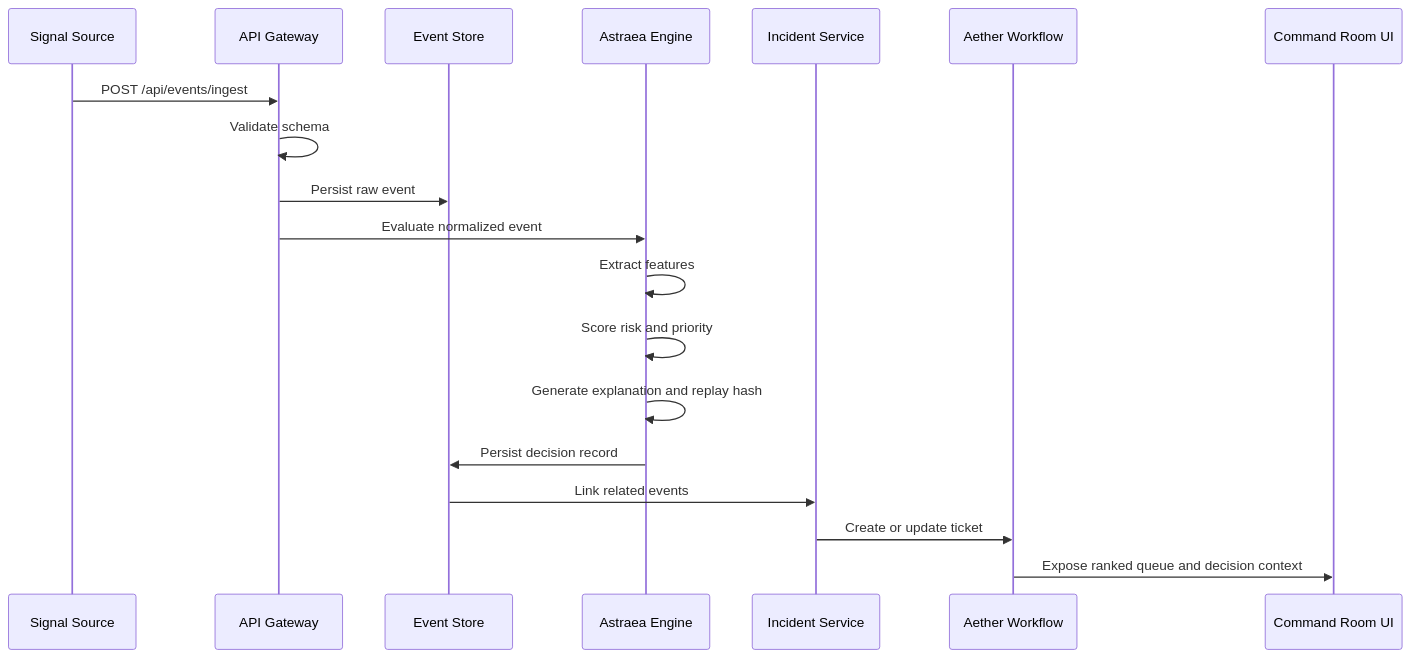
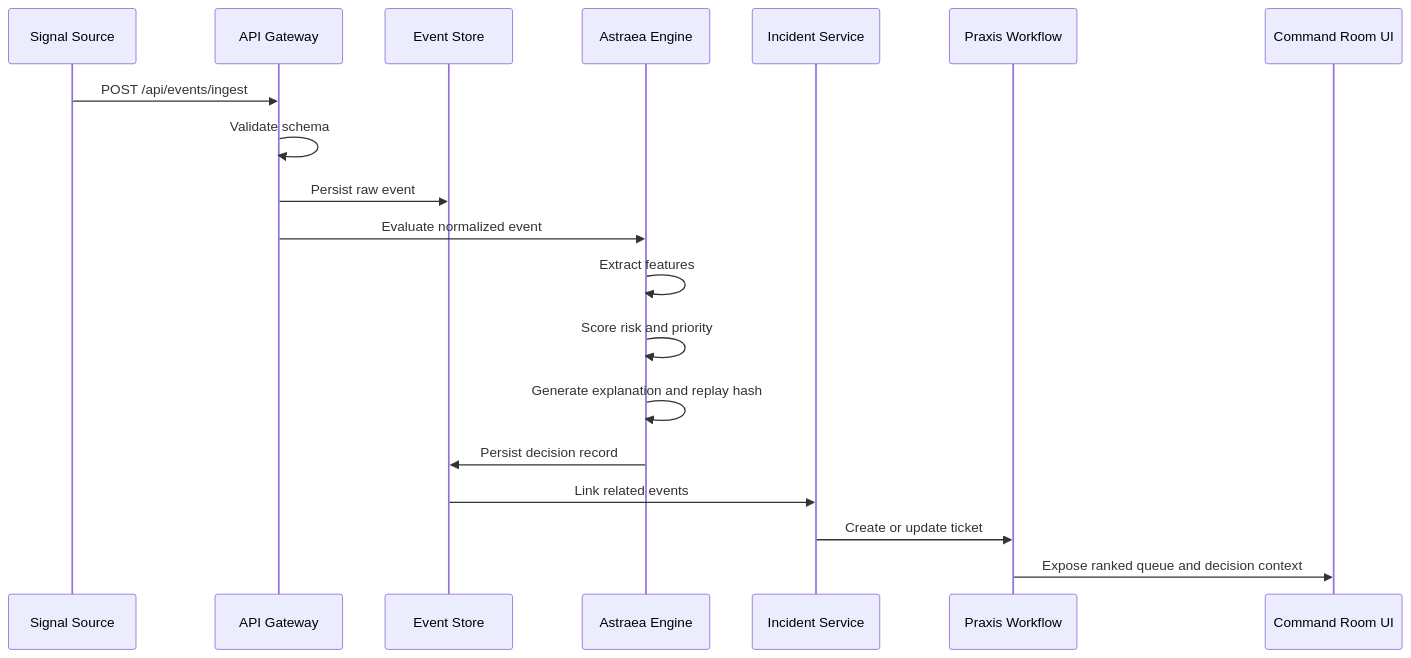
The diagram in docs/04-deterministic-decisioning.md (AngelP17/Praxis), drawn with Mermaid before and after one commit. The commit also changed 413 other files, not shown here.

````diff
--- a/docs/04-deterministic-decisioning.md
+++ b/docs/04-deterministic-decisioning.md
@@ -95,22 +95,22 @@
 ```mermaid
 sequenceDiagram
     participant Source as Signal Source
     participant Gateway as API Gateway
     participant Store as Event Store
     participant Astraea as Astraea Engine
     participant Incident as Incident Service
-    participant Aether as Aether Workflow
+    participant Praxis as Praxis Workflow
     participant UI as Command Room UI
 
     Source->>Gateway: POST /api/events/ingest
     Gateway->>Gateway: Validate schema
     Gateway->>Store: Persist raw event
     Gateway->>Astraea: Evaluate normalized event
     Astraea->>Astraea: Extract features
     Astraea->>Astraea: Score risk and priority
     Astraea->>Astraea: Generate explanation and replay hash
     Astraea->>Store: Persist decision record
     Store->>Incident: Link related events
-    Incident->>Aether: Create or update ticket
-    Aether->>UI: Expose ranked queue and decision context
+    Incident->>Praxis: Create or update ticket
+    Praxis->>UI: Expose ranked queue and decision context
 ```
````
